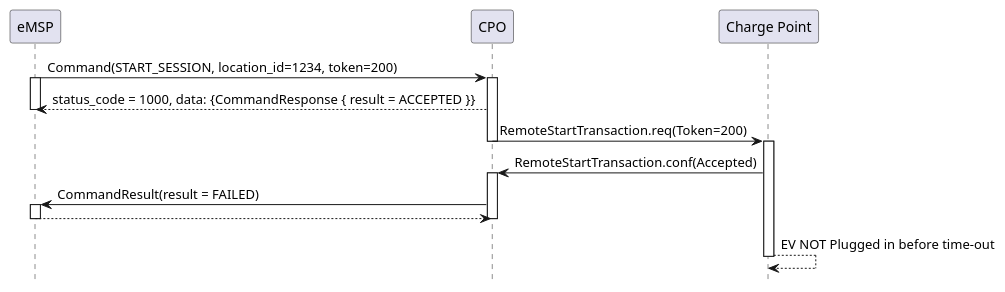
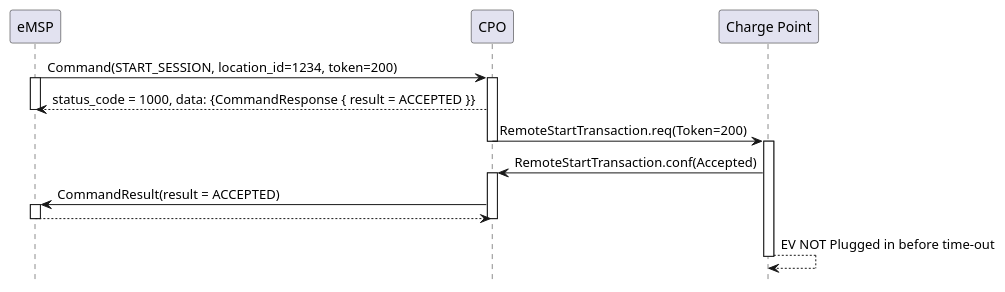
The diagram in plantuml/command_start_session_timeout.plantuml (ocpi/ocpi), drawn with PlantUML before and after one commit.

Commit message:
Fixed typo in Start Session timeout diagram

```diff
--- a/plantuml/command_start_session_timeout.plantuml
+++ b/plantuml/command_start_session_timeout.plantuml
@@ -1,29 +1,29 @@
 @startuml
 hide footbox
 
 participant eMSP
 participant CPO
 participant "Charge Point" as CP
 
 eMSP ->  CPO:  Command(START_SESSION, location_id=1234, token=200)
 activate eMSP
 activate CPO
 CPO  --> eMSP: status_code = 1000, data: {CommandResponse { result = ACCEPTED }}
 deactivate eMSP
 
 CPO  ->  CP:   RemoteStartTransaction.req(Token=200)
 deactivate CPO
 activate CP
 CP   ->  CPO:  RemoteStartTransaction.conf(Accepted)
 activate CPO
-CPO  ->  eMSP: CommandResult(result = FAILED)
+CPO  ->  eMSP: CommandResult(result = ACCEPTED)
 activate eMSP
 eMSP --> CPO: 
 deactivate CPO
 deactivate eMSP
 
 CP   --> CP: EV NOT Plugged in before time-out
 
 deactivate CP
 
 @enduml
```
